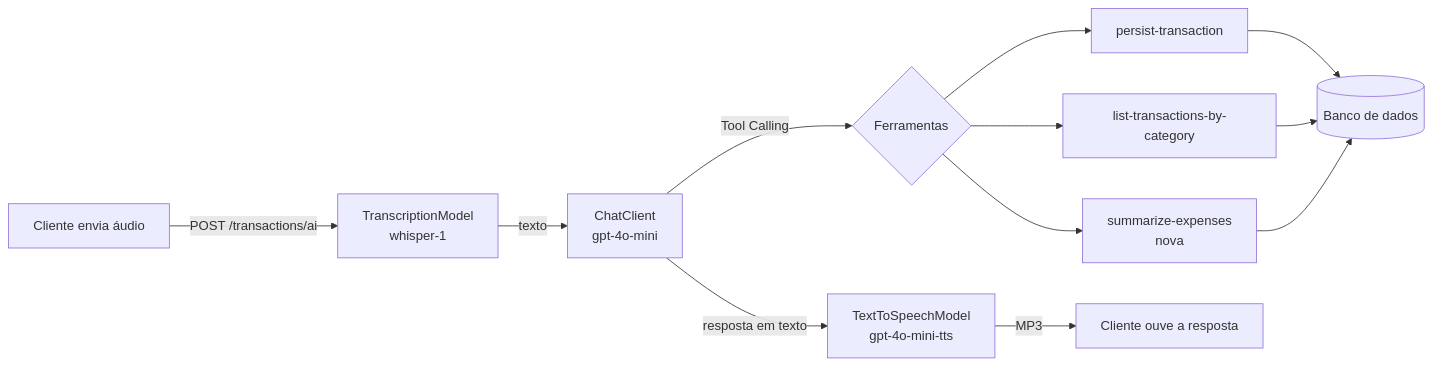
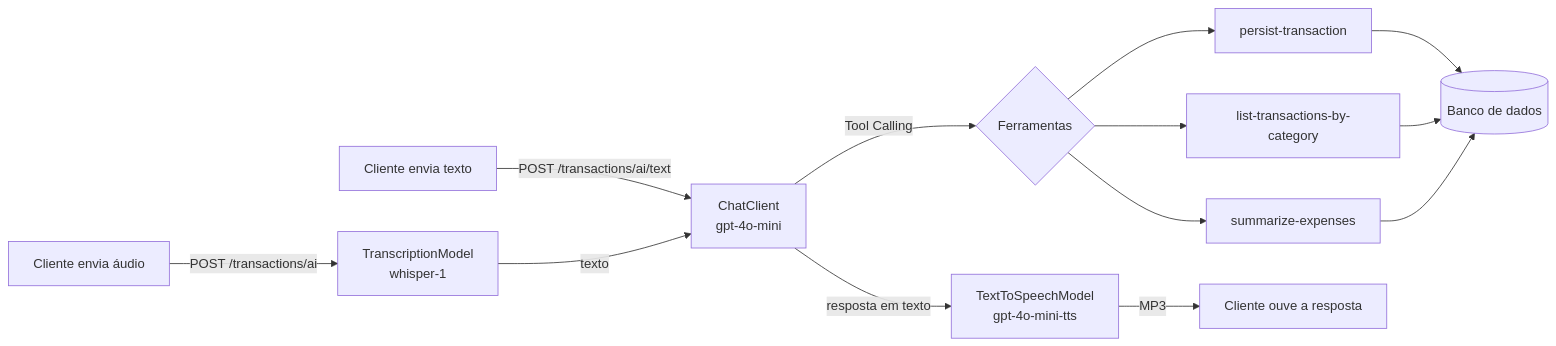
The diagram in README.md (Ryzn404/api-inteligente-reconhecimento-fala-spring-boot), drawn with Mermaid before and after one commit. The commit also changed other lines of this file and 35 other files, not shown here.

````diff
--- a/README.md
+++ b/README.md
@@ -22,14 +22,15 @@
 ```mermaid
 flowchart LR
     A[Cliente envia áudio] -->|POST /transactions/ai| B[TranscriptionModel<br/>whisper-1]
+    T[Cliente envia texto] -->|POST /transactions/ai/text| C
     B -->|texto| C[ChatClient<br/>gpt-4o-mini]
     C -->|Tool Calling| D{Ferramentas}
     D --> E[persist-transaction]
     D --> F[list-transactions-by-category]
-    D --> G[summarize-expenses<br/>nova]
+    D --> G[summarize-expenses]
     E --> H[(Banco de dados)]
     F --> H
     G --> H
     C -->|resposta em texto| I[TextToSpeechModel<br/>gpt-4o-mini-tts]
     I -->|MP3| J[Cliente ouve a resposta]
 ```
````
